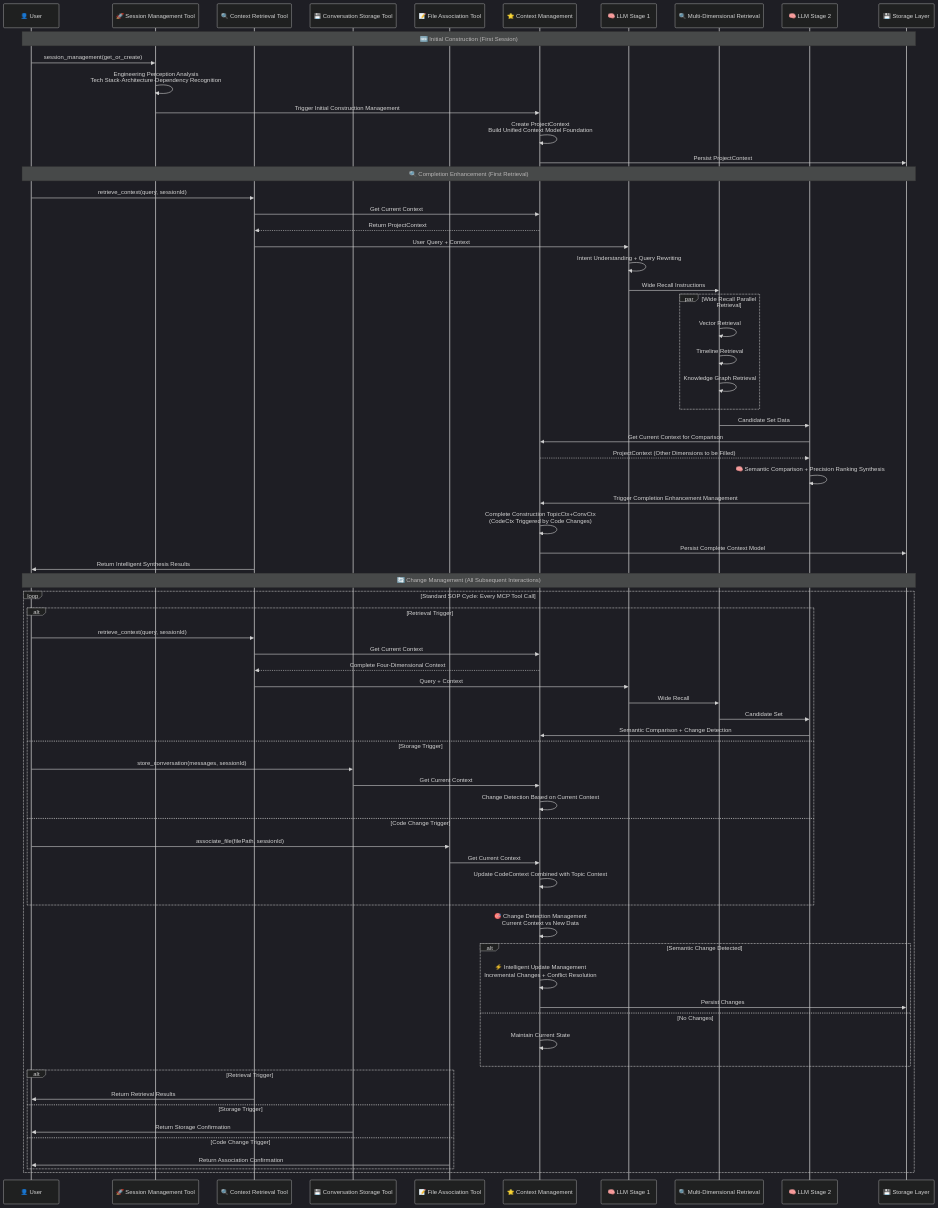
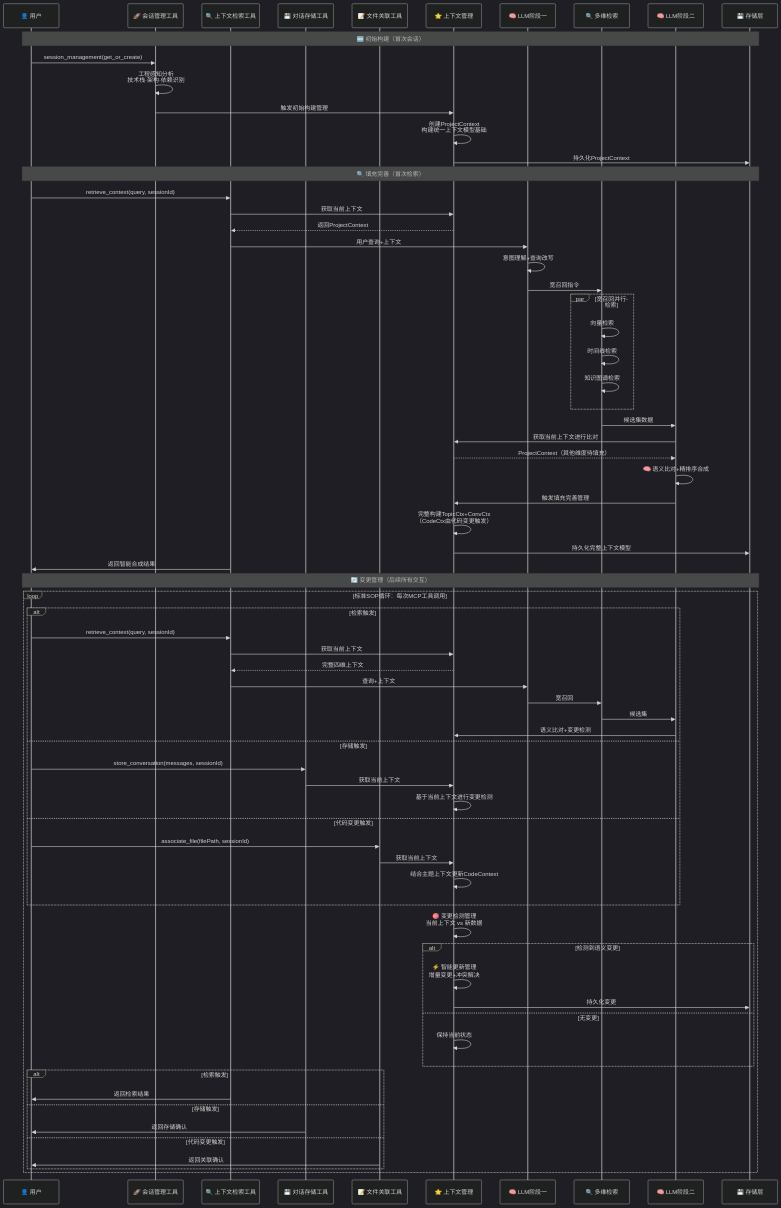
One commit to GitEnglish/emergent-corpus-L2-context-keeper changed the third of 5 diagrams in README.md. Above: the diagram before and after it, drawn with Mermaid (dark theme). The commit also changed other lines of this file and 2 other files, not shown here.

````diff
--- a/README.md
+++ b/README.md
@@ -224,84 +222,84 @@
 ```mermaid
 sequenceDiagram
-    participant User as 👤 User
-    participant SessionMgmt as 🚀 Session Management Tool
-    participant RetrieveCtx as 🔍 Context Retrieval Tool
-    participant StoreConv as 💾 Conversation Storage Tool
-    participant AssocFile as 📝 File Association Tool
-    participant Context as ⭐️ Context Management
-    participant LLM1 as 🧠 LLM Stage 1
-    participant MDRE as 🔍 Multi-Dimensional Retrieval
-    participant LLM2 as 🧠 LLM Stage 2
-    participant Storage as 💾 Storage Layer
+    participant User as 👤 用户
+    participant SessionMgmt as 🚀 会话管理工具
+    participant RetrieveCtx as 🔍 上下文检索工具
+    participant StoreConv as 💾 对话存储工具
+    participant AssocFile as 📝 文件关联工具
+    participant Context as ⭐️ 上下文管理
+    participant LLM1 as 🧠 LLM阶段一
+    participant MDRE as 🔍 多维检索
+    participant LLM2 as 🧠 LLM阶段二
+    participant Storage as 💾 存储层
     
-    Note over User,Storage: 🆕 Initial Construction (First Session)
+    Note over User,Storage: 🆕 初始构建（首次会话）
     
     User->>SessionMgmt: session_management(get_or_create)
-    SessionMgmt->>SessionMgmt: Engineering Perception Analysis<br/>Tech Stack·Architecture·Dependency Recognition
-    SessionMgmt->>Context: Trigger Initial Construction Management
-    Context->>Context: Create ProjectContext<br/>Build Unified Context Model Foundation
-    Context->>Storage: Persist ProjectContext
+    SessionMgmt->>SessionMgmt: 工程感知分析<br/>技术栈·架构·依赖识别
+    SessionMgmt->>Context: 触发初始构建管理
+    Context->>Context: 创建ProjectContext<br/>构建统一上下文模型基础
+    Context->>Storage: 持久化ProjectContext
     
-    Note over User,Storage: 🔍 Completion Enhancement (First Retrieval)
+    Note over User,Storage: 🔍 填充完善（首次检索）
     
     User->>RetrieveCtx: retrieve_context(query, sessionId)
-    RetrieveCtx->>Context: Get Current Context
-    Context-->>RetrieveCtx: Return ProjectContext
-    RetrieveCtx->>LLM1: User Query + Context
-    LLM1->>LLM1: Intent Understanding + Query Rewriting
-    LLM1->>MDRE: Wide Recall Instructions
+    RetrieveCtx->>Context: 获取当前上下文
+    Context-->>RetrieveCtx: 返回ProjectContext
+    RetrieveCtx->>LLM1: 用户查询+上下文
+    LLM1->>LLM1: 意图理解+查询改写
+    LLM1->>MDRE: 宽召回指令
     
-    par Wide Recall Parallel Retrieval
-        MDRE->>MDRE: Vector Retrieval
-        MDRE->>MDRE: Timeline Retrieval  
-        MDRE->>MDRE: Knowledge Graph Retrieval
+    par 宽召回并行检索
+        MDRE->>MDRE: 向量检索
+        MDRE->>MDRE: 时间线检索  
+        MDRE->>MDRE: 知识图谱检索
     end
     
-    MDRE->>LLM2: Candidate Set Data
-    LLM2->>Context: Get Current Context for Comparison
-    Context-->>LLM2: ProjectContext (Other Dimensions to be Filled)
-    LLM2->>LLM2: 🧠 Semantic Comparison + Precision Ranking Synthesis
-    LLM2->>Context: Trigger Completion Enhancement Management
-    Context->>Context: Complete Construction TopicCtx+ConvCtx<br/>(CodeCtx Triggered by Code Changes)
-    Context->>Storage: Persist Complete Context Model
-    RetrieveCtx->>User: Return Intelligent Synthesis Results
+    MDRE->>LLM2: 候选集数据
+    LLM2->>Context: 获取当前上下文进行比对
+    Context-->>LLM2: ProjectContext（其他维度待填充）
+    LLM2->>LLM2: 🧠 语义比对+精排序合成
+    LLM2->>Context: 触发填充完善管理
+    Context->>Context: 完整构建TopicCtx+ConvCtx<br/>（CodeCtx由代码变更触发）
+    Context->>Storage: 持久化完整上下文模型
+    RetrieveCtx->>User: 返回智能合成结果
     
-    Note over User,Storage: 🔄 Change Management (All Subsequent Interactions)
+    Note over User,Storage: 🔄 变更管理（后续所有交互）
     
-    loop Standard SOP Cycle: Every MCP Tool Call
-        alt Retrieval Trigger
+    loop 标准SOP循环：每次MCP工具调用
+        alt 检索触发
             User->>RetrieveCtx: retrieve_context(query, sessionId)
-            RetrieveCtx->>Context: Get Current Context
-            Context-->>RetrieveCtx: Complete Four-Dimensional Context
-            RetrieveCtx->>LLM1: Query + Context
-            LLM1->>MDRE: Wide Recall
-            MDRE->>LLM2: Candidate Set
-            LLM2->>Context: Semantic Comparison + Change Detection
-        else Storage Trigger
+            RetrieveCtx->>Context: 获取当前上下文
+            Context-->>RetrieveCtx: 完整四维上下文
+            RetrieveCtx->>LLM1: 查询+上下文
+            LLM1->>MDRE: 宽召回
+            MDRE->>LLM2: 候选集
+            LLM2->>Context: 语义比对+变更检测
+        else 存储触发
             User->>StoreConv: store_conversation(messages, sessionId)
-            StoreConv->>Context: Get Current Context
-            Context->>Context: Change Detection Based on Current Context
-        else Code Change Trigger
+            StoreConv->>Context: 获取当前上下文
+            Context->>Context: 基于当前上下文进行变更检测
+        else 代码变更触发
             User->>AssocFile: associate_file(filePath, sessionId)
-            AssocFile->>Context: Get Current Context
-            Context->>Context: Update CodeContext Combined with Topic Context
+            AssocFile->>Context: 获取当前上下文
+            Context->>Context: 结合主题上下文更新CodeContext
         end
         
-        Context->>Context: 🎯 Change Detection Management<br/>Current Context vs New Data
+        Context->>Context: 🎯 变更检测管理<br/>当前上下文 vs 新数据
         
-        alt Semantic Change Detected
-            Context->>Context: ⚡️ Intelligent Update Management<br/>Incremental Changes + Conflict Resolution
-            Context->>Storage: Persist Changes
-        else No Changes
-            Context->>Context: Maintain Current State
+        alt 检测到语义变更
+            Context->>Context: ⚡️ 智能更新管理<br/>增量变更+冲突解决
+            Context->>Storage: 持久化变更
+        else 无变更
+            Context->>Context: 保持当前状态
         end
         
-        alt Retrieval Trigger
-            RetrieveCtx->>User: Return Retrieval Results
-        else Storage Trigger
-            StoreConv->>User: Return Storage Confirmation
-        else Code Change Trigger
-            AssocFile->>User: Return Association Confirmation
+        alt 检索触发
+            RetrieveCtx->>User: 返回检索结果
+        else 存储触发
+            StoreConv->>User: 返回存储确认
+        else 代码变更触发
+            AssocFile->>User: 返回关联确认
         end
     end
 ```
````
